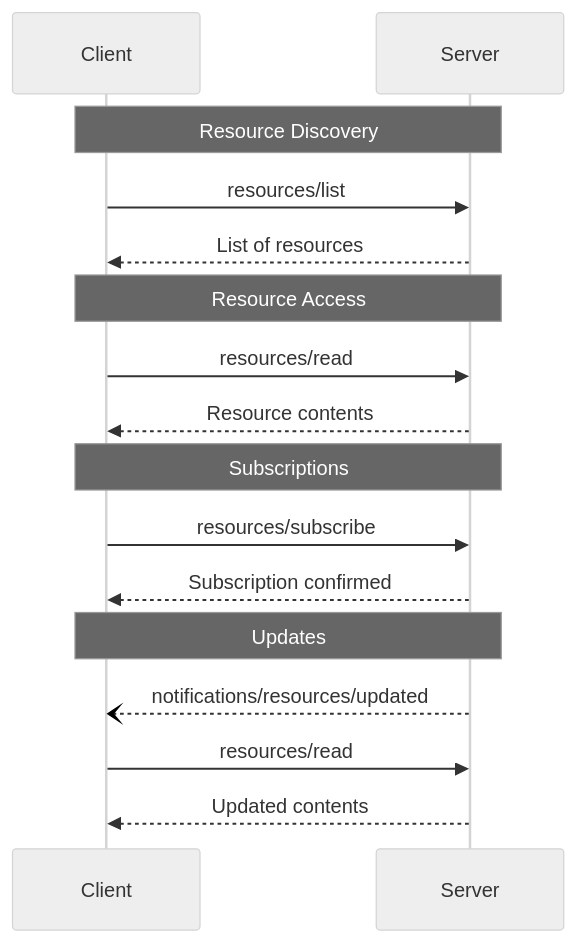
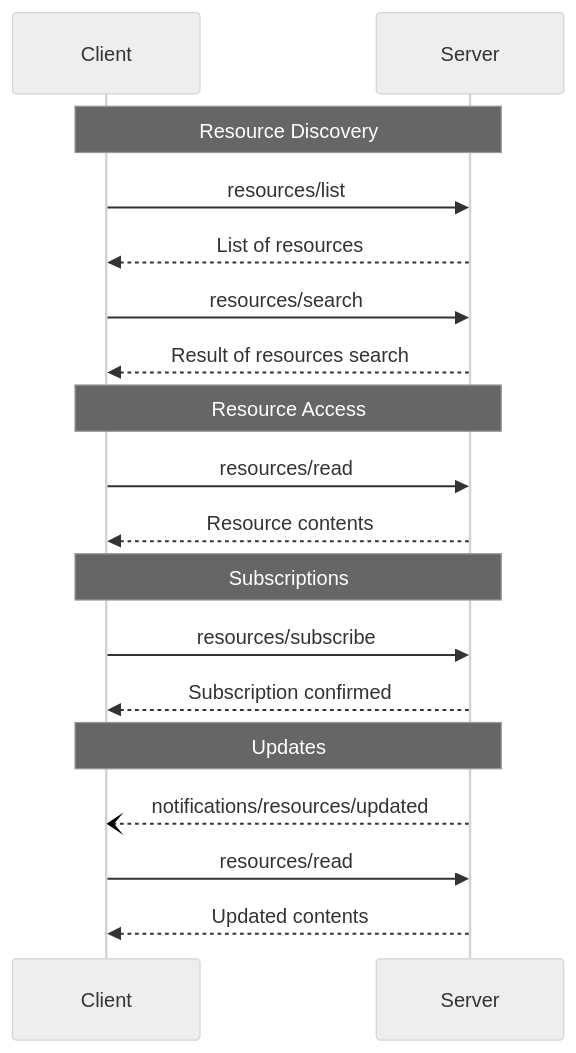
Before and after one commit to modelcontextprotocol/specification: the diagram in docs/specification/2025-03-26/server/resources.mdx, drawn with Mermaid (neutral theme). The commit also changed 4 other files, not shown here.

Commit message:
Updated per feedback - updated mermaids, added Arbitrary to verbiage, cleared up caching client expectations, added resource indexing implementation directive

````diff
--- a/docs/specification/2025-03-26/server/resources.mdx
+++ b/docs/specification/2025-03-26/server/resources.mdx
@@ -237,22 +237,24 @@
 ```mermaid
 sequenceDiagram
     participant Client
     participant Server
 
     Note over Client,Server: Resource Discovery
     Client->>Server: resources/list
     Server-->>Client: List of resources
+    Client->>Server: resources/search
+    Server-->>Client: Result of resources search
 
     Note over Client,Server: Resource Access
     Client->>Server: resources/read
     Server-->>Client: Resource contents
 
     Note over Client,Server: Subscriptions
     Client->>Server: resources/subscribe
     Server-->>Client: Subscription confirmed
 
     Note over Client,Server: Updates
     Server--)Client: notifications/resources/updated
     Client->>Server: resources/read
     Server-->>Client: Updated contents
 ```
````
